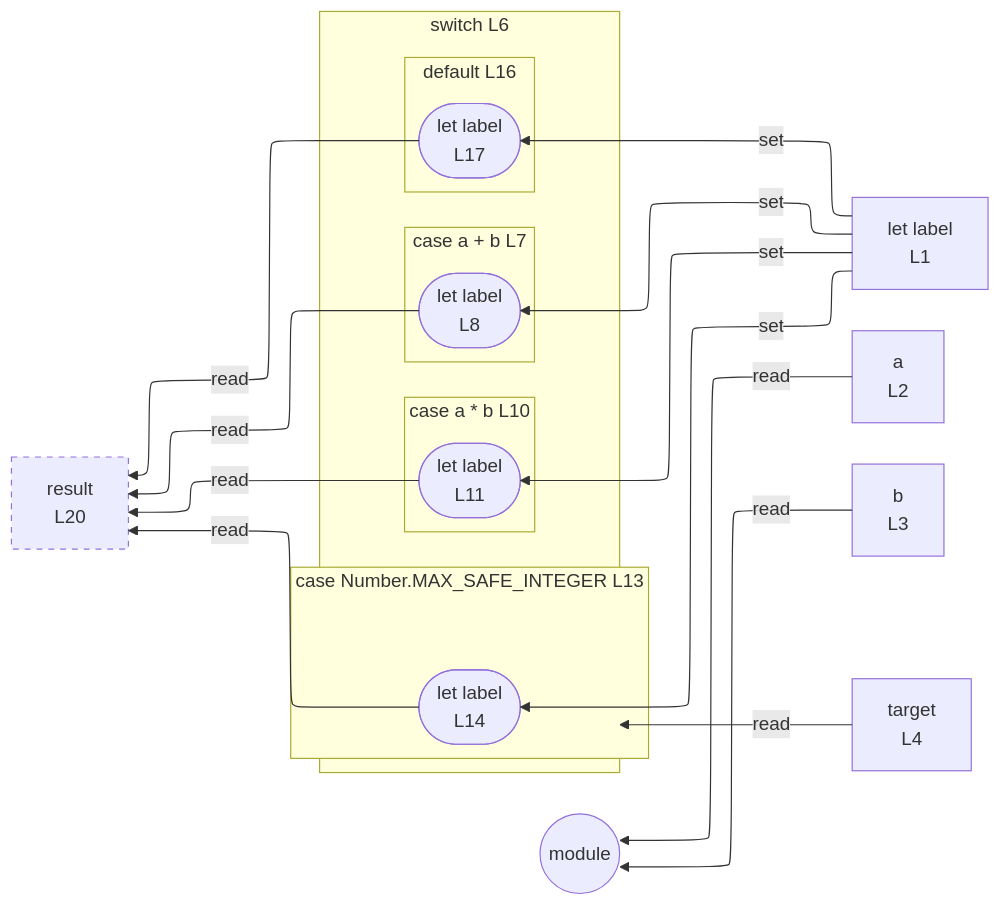
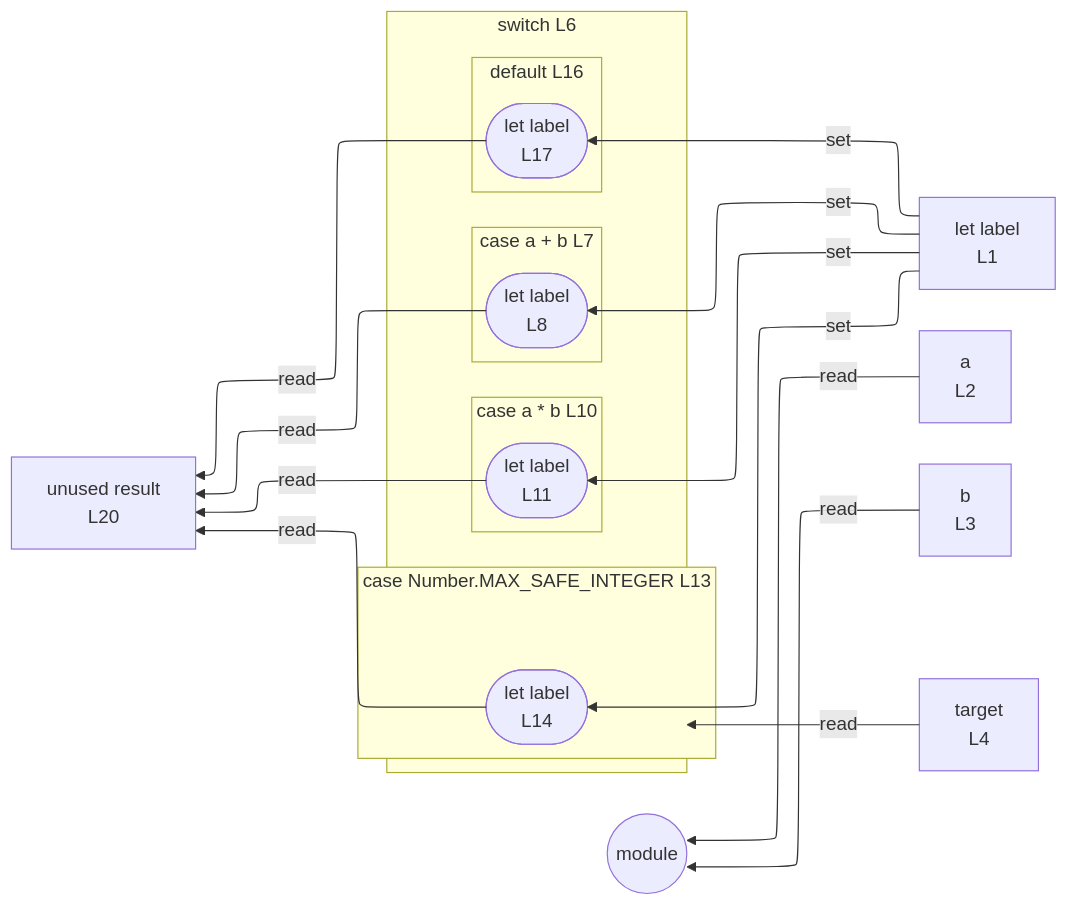
Before and after one commit to crescware/unsnarl: the diagram in integration/fixtures/control-switch-expression/preview.md, drawn with Mermaid. The commit also changed 75 other files, not shown here.

````diff
--- a/integration/fixtures/control-switch-expression/preview.md
+++ b/integration/fixtures/control-switch-expression/preview.md
@@ -30,42 +30,40 @@
 ```mermaid
 %%{init: {"flowchart": {"defaultRenderer": "elk"}}}%%
 flowchart RL
   n_scope_0_label_4["let label<br/>L1"]
   n_scope_0_a_22["a<br/>L2"]
   n_scope_0_b_35["b<br/>L3"]
   n_scope_0_target_48["target<br/>L4"]
-  n_scope_0_result_304["result<br/>L20"]
+  n_scope_0_result_304["unused result<br/>L20"]
   subgraph s_scope_1["switch L6"]
     direction RL
     subgraph s_scope_2["case a + b L7"]
       direction RL
       wr_ref_3(["let label<br/>L8"])
     end
     subgraph s_scope_3["case a * b L10"]
       direction RL
       wr_ref_6(["let label<br/>L11"])
     end
     subgraph s_scope_4["case Number.MAX_SAFE_INTEGER L13"]
       direction RL
       wr_ref_8(["let label<br/>L14"])
     end
     subgraph s_scope_5["default L16"]
       direction RL
       wr_ref_9(["let label<br/>L17"])
     end
   end
   n_scope_0_label_4 -->|set| wr_ref_3
   n_scope_0_label_4 -->|set| wr_ref_6
   n_scope_0_label_4 -->|set| wr_ref_8
   n_scope_0_label_4 -->|set| wr_ref_9
   n_scope_0_target_48 -->|read| s_scope_1
   n_scope_0_a_22 -->|read| module_root
   n_scope_0_b_35 -->|read| module_root
   wr_ref_3 -->|read| n_scope_0_result_304
   wr_ref_6 -->|read| n_scope_0_result_304
   wr_ref_8 -->|read| n_scope_0_result_304
   wr_ref_9 -->|read| n_scope_0_result_304
   module_root((module))
-  classDef unused stroke-dasharray: 5 5;
-  class n_scope_0_result_304 unused;
 ```
````
